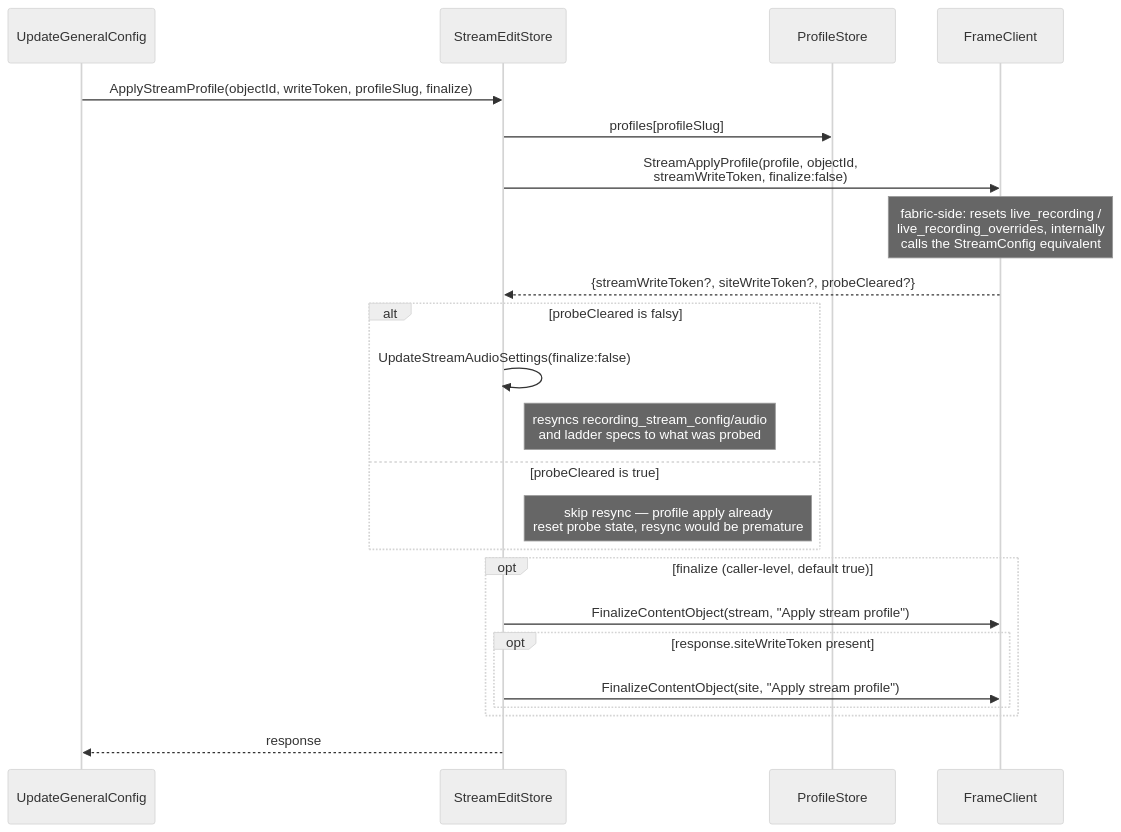
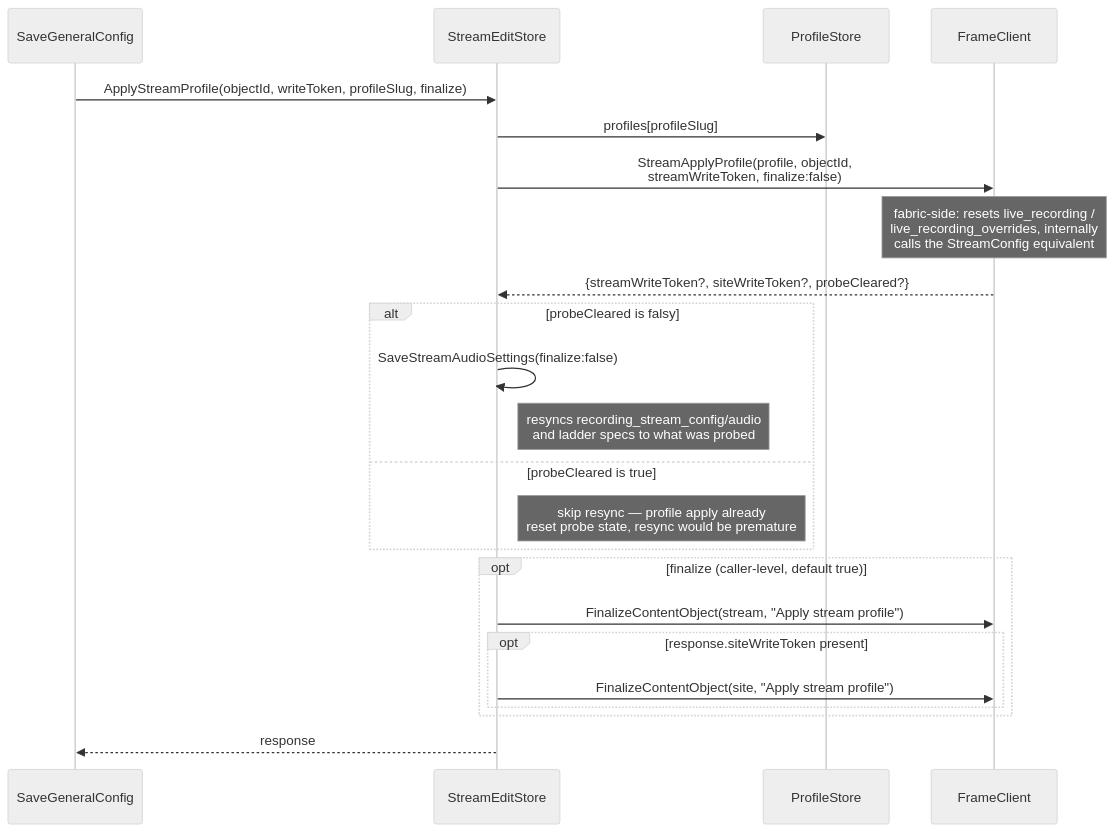
Before and after one commit to eluv-io/elv-live-stream: the first of 2 diagrams in docs/diagrams/profile-apply.md, drawn with Mermaid (neutral theme). The commit also changed other lines of this file and 118 other files, not shown here.

````diff
--- a/docs/diagrams/profile-apply.md
+++ b/docs/diagrams/profile-apply.md
@@ -7,28 +7,28 @@
 ```mermaid
 sequenceDiagram
-    participant Caller as UpdateGeneralConfig
+    participant Caller as SaveGeneralConfig
     participant StreamEditStore
     participant ProfileStore
     participant FrameClient
 
     Caller->>StreamEditStore: ApplyStreamProfile(objectId, writeToken, profileSlug, finalize)
     StreamEditStore->>ProfileStore: profiles[profileSlug]
     StreamEditStore->>FrameClient: StreamApplyProfile(profile, objectId,<br/>streamWriteToken, finalize:false)
     Note over FrameClient: fabric-side: resets live_recording /<br/>live_recording_overrides, internally<br/>calls the StreamConfig equivalent
     FrameClient-->>StreamEditStore: {streamWriteToken?, siteWriteToken?, probeCleared?}
 
     alt probeCleared is falsy
-        StreamEditStore->>StreamEditStore: UpdateStreamAudioSettings(finalize:false)
+        StreamEditStore->>StreamEditStore: SaveStreamAudioSettings(finalize:false)
         Note right of StreamEditStore: resyncs recording_stream_config/audio<br/>and ladder specs to what was probed
     else probeCleared is true
         Note right of StreamEditStore: skip resync — profile apply already<br/>reset probe state, resync would be premature
     end
 
     opt finalize (caller-level, default true)
         StreamEditStore->>FrameClient: FinalizeContentObject(stream, "Apply stream profile")
         opt response.siteWriteToken present
             StreamEditStore->>FrameClient: FinalizeContentObject(site, "Apply stream profile")
         end
     end
     StreamEditStore-->>Caller: response
 ```
````
